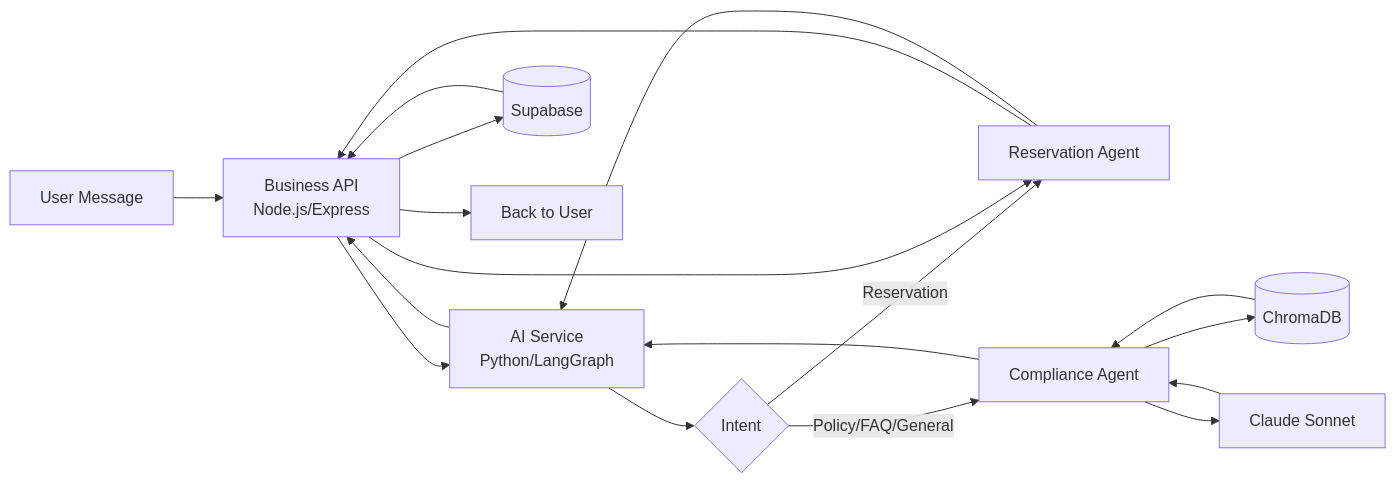
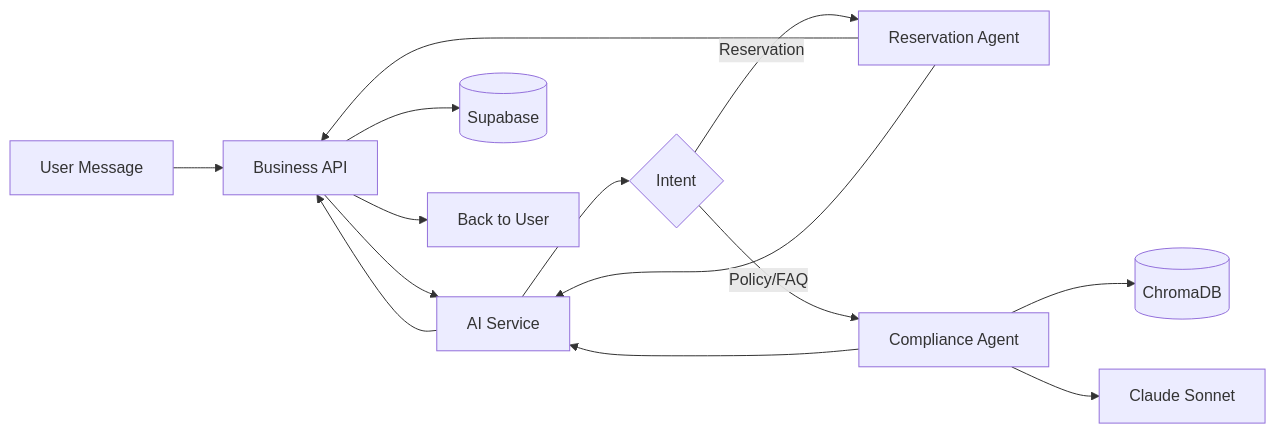
The fifth of 8 diagrams in docs/architecture/architecture.md (AmoghPai19/Multi-Agent-AI-Hotel-Support-System), drawn with Mermaid before and after one commit. The commit also changed other lines of this file and 1 other file, not shown here.

Commit message:
Added project vision, technology decisions, architecture, and workflow specifications

````diff
--- a/docs/architecture/architecture.md
+++ b/docs/architecture/architecture.md
@@ -239,20 +157,12 @@
 ```mermaid
 flowchart LR
-    A[User Message] --> B[Business API<br/>Node.js/Express]
-    B --> C[AI Service<br/>Python/LangGraph]
+    A[User Message] --> B[Business API]
+    B --> C[AI Service]
     C --> D{Intent}
-    D -->|Reservation| E[Reservation Agent]
-    D -->|Policy/FAQ/General| F[Compliance Agent]
-    E --> B
-    B --> G[(Supabase)]
-    G --> B
-    B --> E
-    F --> H[(ChromaDB)]
-    H --> F
-    F --> I[Claude Sonnet]
-    I --> F
+    D -->|Reservation| E[Reservation Agent] --> B --> F[(Supabase)]
+    D -->|Policy/FAQ| G[Compliance Agent] --> H[(ChromaDB)]
+    G --> I[Claude Sonnet]
     E --> C
-    F --> C
-    C --> B
-    B --> J[Back to User]
+    G --> C
+    C --> B --> J[Back to User]
 ```
````
